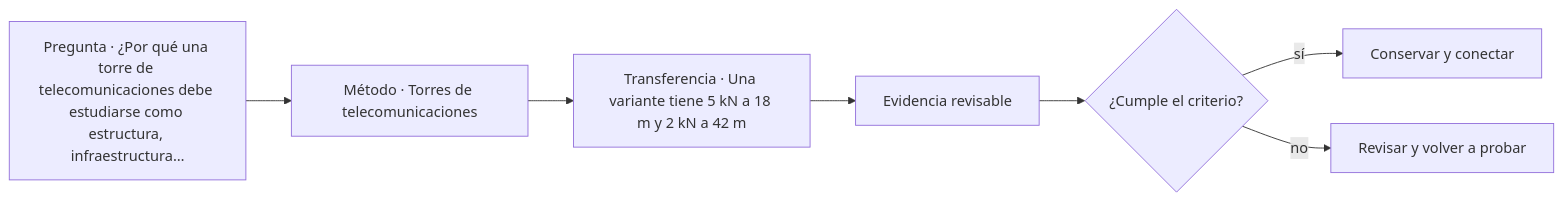
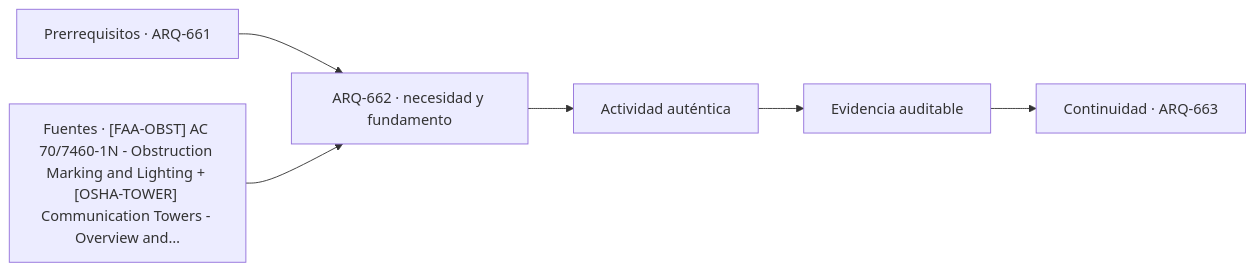
The diagram in classes/parte-67/ARQ-662.md (vladimiracunadev-create/architecture-built-environment-learning-program), drawn with Mermaid before and after one commit. The commit also changed other lines of this file and 761 other files, not shown here.

````diff
--- a/classes/parte-67/ARQ-662.md
+++ b/classes/parte-67/ARQ-662.md
@@ -68,9 +80,8 @@
 ```mermaid
 flowchart LR
-    Q["Pregunta · ¿Por qué una torre de telecomunicaciones debe estudiarse como estructura, infraestructura…"] --> M["Método · Torres de telecomunicaciones"]
-    M --> P["Transferencia · Una variante tiene 5 kN a 18 m y 2 kN a 42 m"]
-    P --> E["Evidencia revisable"]
-    E --> C{"¿Cumple el criterio?"}
-    C -->|sí| T["Conservar y conectar"]
-    C -->|no| R["Revisar y volver a probar"]
+    A["Prerrequisitos · ARQ-661"] --> B["ARQ-662 · necesidad y fundamento"]
+    S["Fuentes · [FAA-OBST] AC 70/7460-1N - Obstruction Marking and Lighting + [OSHA-TOWER] Communication Towers - Overview and…"] --> B
+    B --> C["Actividad auténtica"]
+    C --> D["Evidencia auditable"]
+    D --> E["Continuidad · ARQ-663"]
 ```
````
